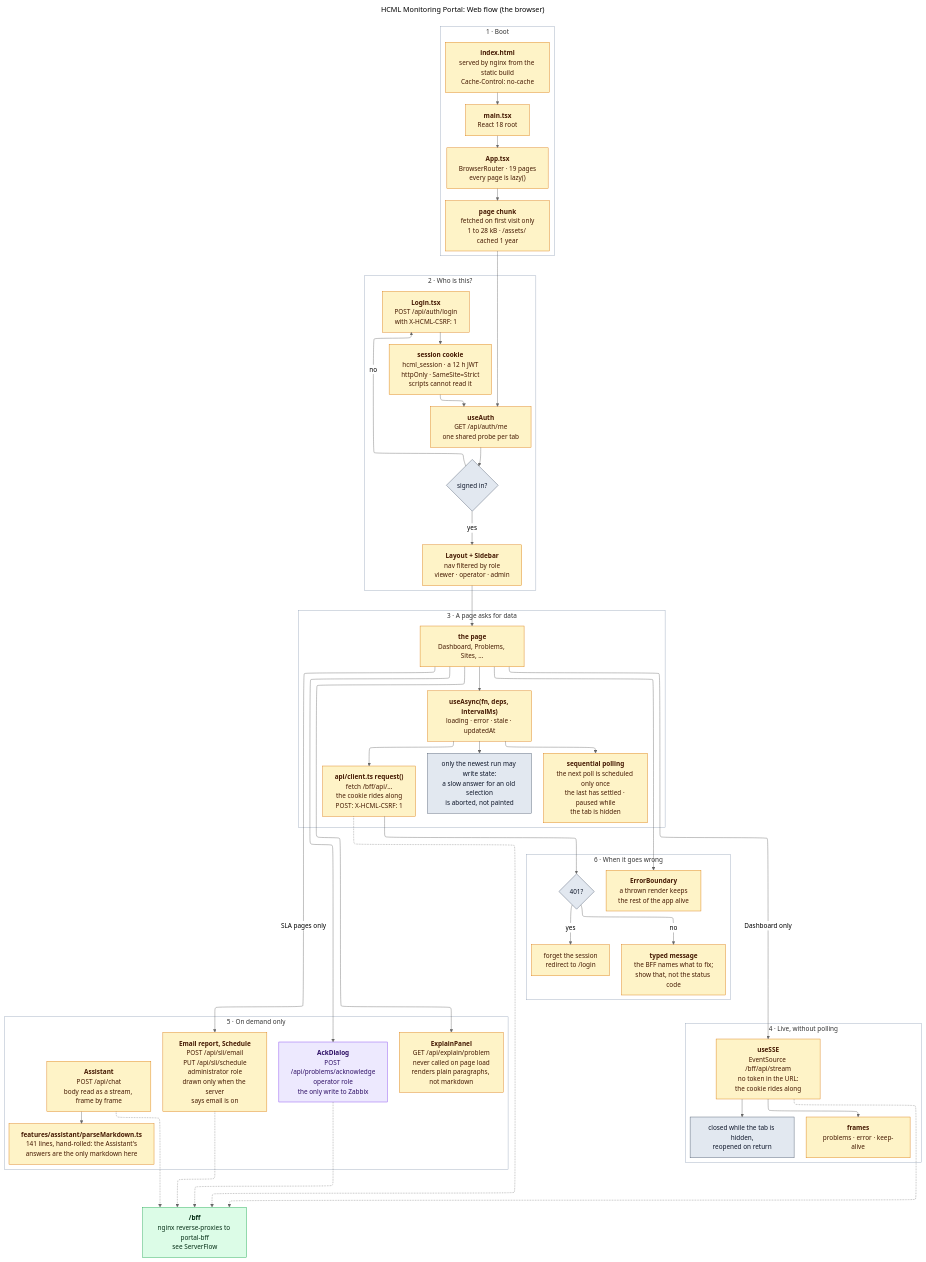
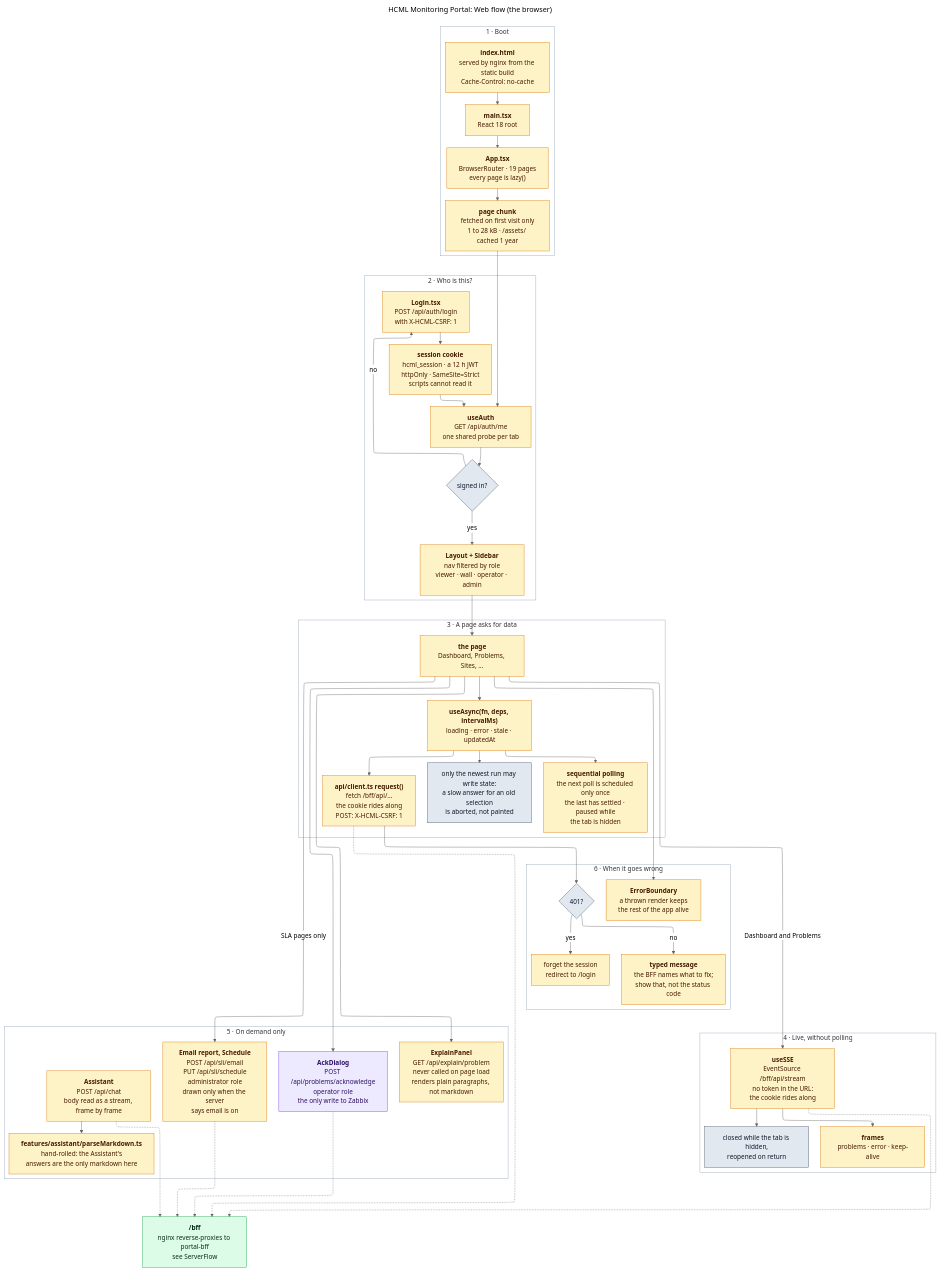
Before and after one commit to Fxkra28/Dashboard-Zabbix-Prototype: the diagram in docs/flow/WebFlow.mmd, drawn with Mermaid (neutral theme). The commit also changed 142 other files, not shown here.

```diff
--- a/docs/flow/WebFlow.mmd
+++ b/docs/flow/WebFlow.mmd
@@ -1,146 +1,147 @@
 ---
 title: "HCML Monitoring Portal: Web flow (the browser)"
 config:
   layout: elk
   elk:
     mergeEdges: false
     nodePlacementStrategy: BRANDES_KOEPF
 ---
 flowchart TB
 
     %%  Web flow: what happens in the browser, from the first byte
     %%  nginx serves to the moment a page has data on screen.
 
     %%  Amber  runs in the browser.
     %%  Green  the portal's own BFF, same origin, behind /bff.
     %%  Grey   a decision, a guard, or a boundary.
 
     %%  Nothing here ever holds a Zabbix or model credential. Every call
     %%  goes to /bff. The portal JWT rides in an httpOnly cookie that no
     %%  script on the page can read (ADR-0010); it only proves who the
     %%  user is to the portal and grants nothing in Zabbix.
 
     %%  Two arrows were corrected against the code and must stay this
-    %%  way. (1) The stream is opened by the Dashboard, not the shell:
-    %%  useSSE has exactly one call site, Overview.tsx, and navigating
-    %%  away closes the connection. The Problems page does not stream at
-    %%  all: it polls every 30 s. (2) There is no ExplainPanel ->
+    %%  way. (1) The stream is opened by two pages, not the shell:
+    %%  useSSE has two call sites, Overview.tsx (the Dashboard) and
+    %%  Problems.tsx, and navigating away closes the connection. The
+    %%  Problems page uses it as a signal to read its list again and
+    %%  still polls every 30 s. (2) There is no ExplainPanel ->
     %%  markdown arrow: ExplainPanel renders its fields as plain <p>
     %%  paragraphs and never imports the renderer. The Assistant is its
     %%  only consumer.
 
     %%  Note also that stage 2's "signed in?" diamond is not implemented
     %%  as a route guard. No component reads the role and redirects; the
     %%  automatic paths to /login are the api client reacting to a 401, to a
     %%  sign-out in another tab, or to a page Back restores after one, so
     %%  an unauthenticated visitor sees the chrome for one round trip.
 
     %%  The Email report and Schedule dialogs sit on the two SLA pages.
     %%  An administrator sees them only when GET /api/sli/email says
     %%  email is on; for everyone else the buttons are not drawn.
 
     subgraph W1["1 &middot; Boot"]
         HTML["<b>index.html</b><br>served by nginx from the static build<br>Cache-Control: no-cache"]
         MAIN["<b>main.tsx</b><br>React 18 root"]
         APP["<b>App.tsx</b><br>BrowserRouter &middot; 19 pages<br>every page is lazy()"]
         CHUNK["<b>page chunk</b><br>fetched on first visit only<br>1 to 28 kB &middot; /assets/ cached 1 year"]
 
         HTML --> MAIN --> APP --> CHUNK
     end
 
     subgraph W2["2 &middot; Who is this?"]
         ME["<b>useAuth</b><br>GET /api/auth/me<br>one shared probe per tab"]
         HASROLE{"signed in?"}
         LOGIN["<b>Login.tsx</b><br>POST /api/auth/login<br>with X-HCML-CSRF: 1"]
         COOKIE["<b>session cookie</b><br>hcml_session &middot; a 12 h JWT<br>httpOnly &middot; SameSite=Strict<br>scripts cannot read it"]
-        LAYOUT["<b>Layout + Sidebar</b><br>nav filtered by role<br>viewer &middot; operator &middot; admin"]
+        LAYOUT["<b>Layout + Sidebar</b><br>nav filtered by role<br>viewer &middot; wall &middot; operator &middot; admin"]
 
         ME --> HASROLE
         HASROLE -->|"no"| LOGIN
         LOGIN --> COOKIE
         COOKIE --> ME
         HASROLE -->|"yes"| LAYOUT
     end
 
     subgraph W3["3 &middot; A page asks for data"]
         PAGE["<b>the page</b><br>Dashboard, Problems, Sites, &hellip;"]
         ASYNC["<b>useAsync(fn, deps, intervalMs)</b><br>loading &middot; error &middot; stale &middot; updatedAt"]
         GUARD["only the newest run may write state:<br>a slow answer for an old selection<br>is aborted, not painted"]
         POLL["<b>sequential polling</b><br>the next poll is scheduled only once<br>the last has settled &middot; paused while<br>the tab is hidden"]
         APICALL["<b>api/client.ts request()</b><br>fetch /bff/api/&hellip;<br>the cookie rides along<br>POST: X-HCML-CSRF: 1"]
 
         PAGE --> ASYNC
         ASYNC --> GUARD
         ASYNC --> POLL
         ASYNC --> APICALL
     end
 
     subgraph W4["4 &middot; Live, without polling"]
         SSE["<b>useSSE</b><br>EventSource /bff/api/stream<br>no token in the URL:<br>the cookie rides along"]
         FRAMES["<b>frames</b><br>problems &middot; error &middot; keep-alive"]
         HIDDEN["closed while the tab is hidden,<br>reopened on return"]
 
         SSE --> FRAMES
         SSE --> HIDDEN
     end
 
     subgraph W5["5 &middot; On demand only"]
         EXPLAIN["<b>ExplainPanel</b><br>GET /api/explain/problem<br>never called on page load<br>renders plain paragraphs, not markdown"]
         CHATP["<b>Assistant</b><br>POST /api/chat<br>body read as a stream, frame by frame"]
-        MD["<b>features/assistant/parseMarkdown.ts</b><br>141 lines, hand-rolled: the Assistant's<br>answers are the only markdown here"]
+        MD["<b>features/assistant/parseMarkdown.ts</b><br>hand-rolled: the Assistant's<br>answers are the only markdown here"]
         ACK["<b>AckDialog</b><br>POST /api/problems/acknowledge<br>operator role<br>the only write to Zabbix"]
         MAILD["<b>Email report, Schedule</b><br>POST /api/sli/email<br>PUT /api/sli/schedule<br>administrator role<br>drawn only when the server<br>says email is on"]
 
         CHATP --> MD
     end
 
     subgraph W6["6 &middot; When it goes wrong"]
         R401{"401?"}
         SIGNOUT["forget the session<br>redirect to /login"]
         TYPED["<b>typed message</b><br>the BFF names what to fix;<br>show that, not the status code"]
         BOUNDARY["<b>ErrorBoundary</b><br>a thrown render keeps<br>the rest of the app alive"]
 
         R401 -->|"yes"| SIGNOUT
         R401 -->|"no"| TYPED
     end
 
     BFF["<b>/bff</b><br>nginx reverse-proxies to portal-bff<br>see ServerFlow"]
 
     CHUNK --> ME
     LAYOUT --> PAGE
-    PAGE -->|"Dashboard only"| SSE
+    PAGE -->|"Dashboard and Problems"| SSE
     PAGE --> EXPLAIN
     PAGE --> ACK
     PAGE -->|"SLA pages only"| MAILD
     PAGE --> BOUNDARY
     APICALL --> R401
     APICALL -.-> BFF
     SSE -.-> BFF
     CHATP -.-> BFF
     ACK -.-> BFF
     MAILD -.-> BFF
 
     %% Frames must stay unfilled or they paint over the relationship lines.
 
     classDef browser fill:#fef3c7,stroke:#d97706,color:#451a03
     classDef server  fill:#dcfce7,stroke:#16a34a,color:#052e16
     classDef choice  fill:#e2e8f0,stroke:#475569,color:#0f172a
     classDef written fill:#ede9fe,stroke:#7c3aed,color:#2e1065
 
     style W1 fill:none,stroke:#94a3b8
     style W2 fill:none,stroke:#94a3b8
     style W3 fill:none,stroke:#94a3b8
     style W4 fill:none,stroke:#94a3b8
     style W5 fill:none,stroke:#94a3b8
     style W6 fill:none,stroke:#94a3b8
 
     class HTML,MAIN,APP,CHUNK browser
     class ME,LOGIN,COOKIE,LAYOUT browser
     class PAGE,ASYNC,POLL,APICALL browser
     class SSE,FRAMES,EXPLAIN,CHATP,MD,MAILD browser
     class SIGNOUT,TYPED,BOUNDARY browser
 
     class ACK written
     class BFF server
     class HASROLE,R401,GUARD,HIDDEN choice
-%% source-hash: efd65b6a8449
+%% source-hash: 850068276cf4
```
